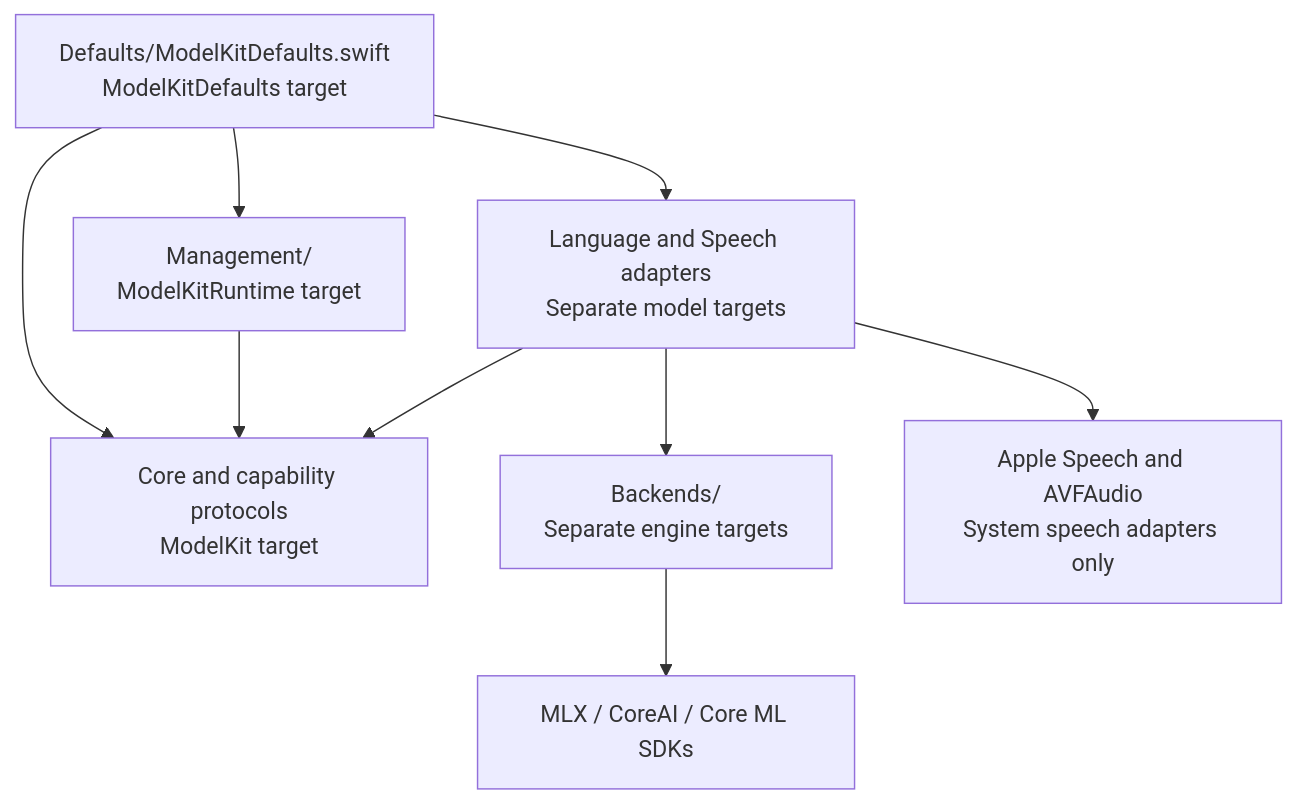
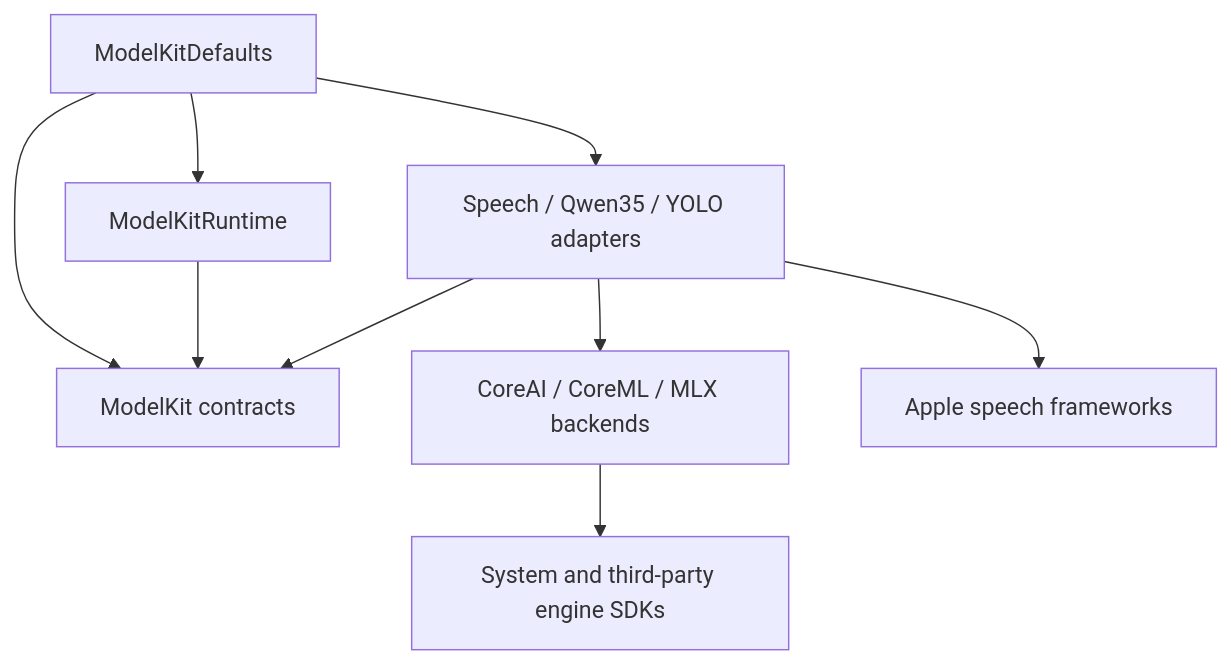
Before and after one commit to devilyouwei/MobileHarness: the second of 3 diagrams in MobileHarness/ModelKit/README.md, drawn with Mermaid. The commit also changed other lines of this file and 53 other files, not shown here.

````diff
--- a/MobileHarness/ModelKit/README.md
+++ b/MobileHarness/ModelKit/README.md
@@ -61,11 +48,11 @@
 ```mermaid
 flowchart TD
-    D["Defaults/ModelKitDefaults.swift<br/>ModelKitDefaults target"] --> M["Management/<br/>ModelKitRuntime target"]
-    D --> A["Language and Speech adapters<br/>Separate model targets"]
-    D --> C["Core and capability protocols<br/>ModelKit target"]
-    M --> C
-    A --> C
-    A --> B["Backends/<br/>Separate engine targets"]
-    B --> S["MLX / CoreAI / Core ML SDKs"]
-    A --> Apple["Apple Speech and AVFAudio<br/>System speech adapters only"]
+    Defaults[ModelKitDefaults] --> Manager[ModelKitRuntime]
+    Defaults --> Adapters[Speech / Qwen35 / YOLO adapters]
+    Defaults --> Base[ModelKit contracts]
+    Manager --> Base
+    Adapters --> Base
+    Adapters --> Backends[CoreAI / CoreML / MLX backends]
+    Backends --> SDKs[System and third-party engine SDKs]
+    Adapters --> Apple[Apple speech frameworks]
 ```
````
